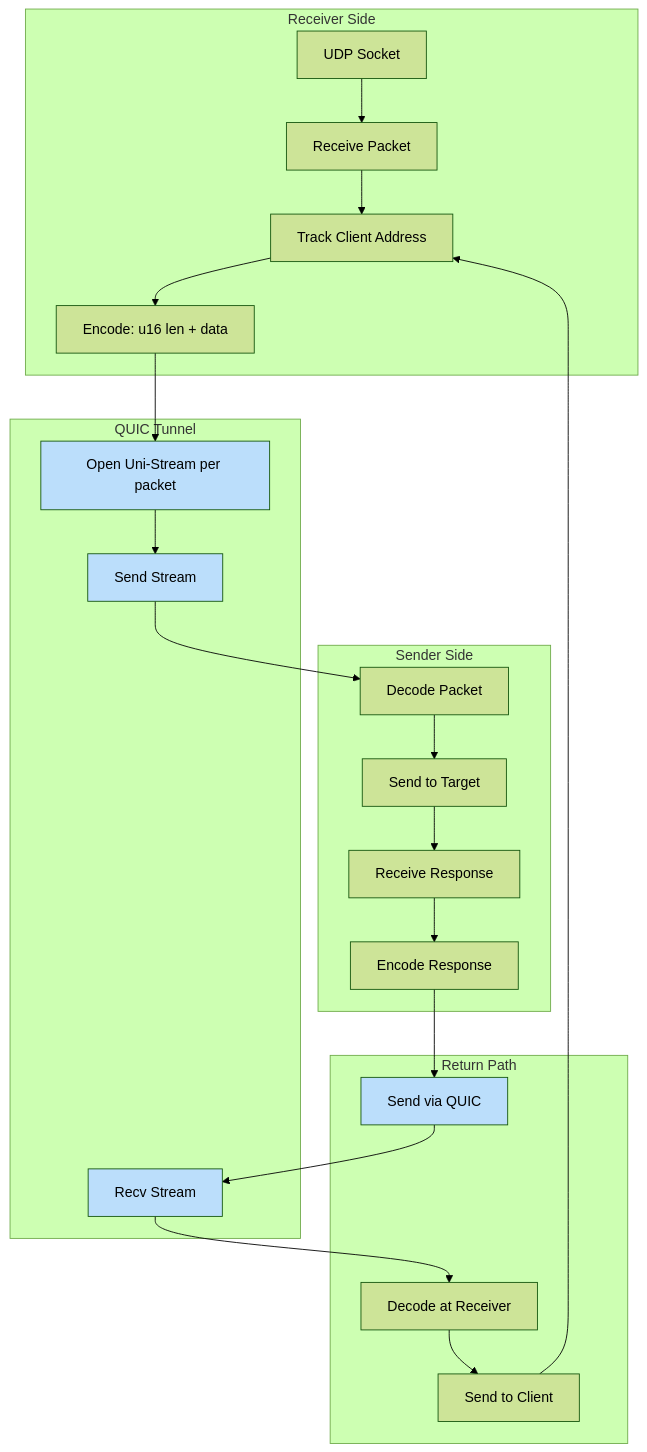
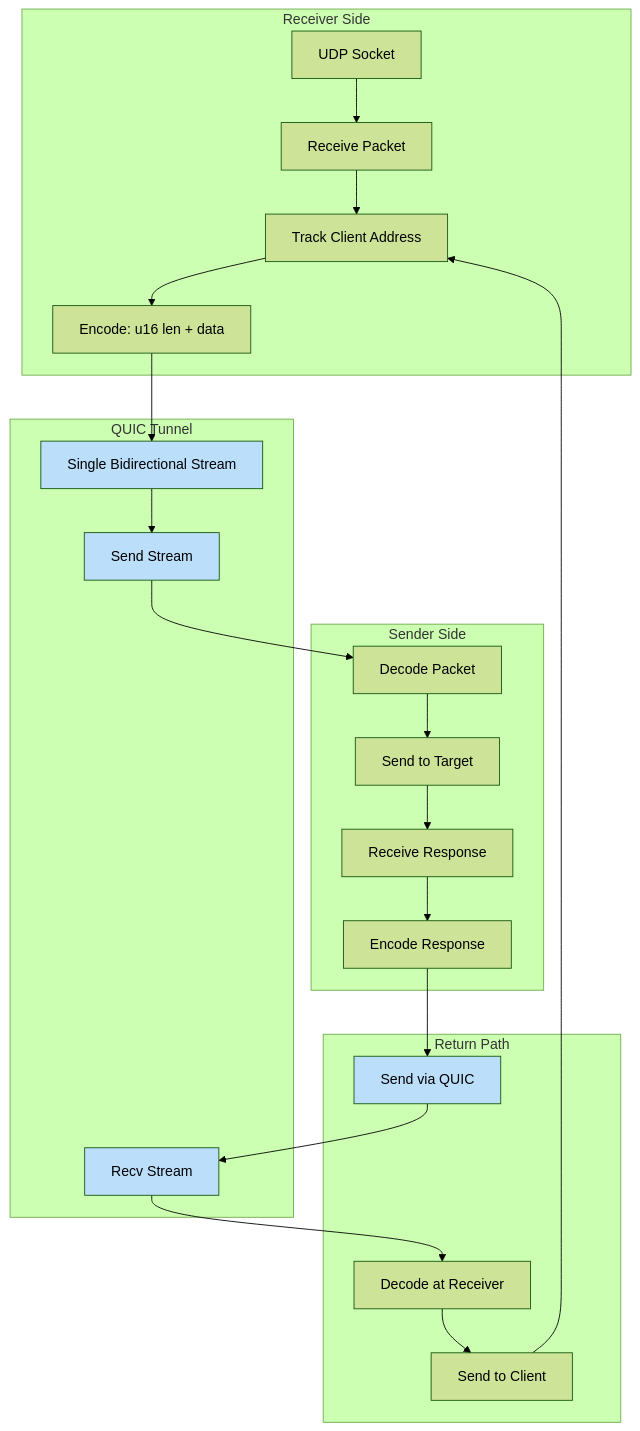
Diagram 30 of 33 in docs/ARCHITECTURE.md (andrewtheguy/vpn-rs), drawn with Mermaid (forest theme) before and after one commit. The commit also changed other lines of this file and 1 other file, not shown here.

````diff
--- a/docs/ARCHITECTURE.md
+++ b/docs/ARCHITECTURE.md
@@ -1128,44 +1128,44 @@
 ```mermaid
 graph TB
     subgraph "Receiver Side"
         A[UDP Socket] --> B[Receive Packet]
         B --> C[Track Client Address]
         C --> D[Encode: u16 len + data]
     end
     
     subgraph "QUIC Tunnel"
-        E[Open Uni-Stream per packet]
+        E[Single Bidirectional Stream]
         F[Send Stream]
         G[Recv Stream]
     end
     
     subgraph "Sender Side"
         H[Decode Packet]
         I[Send to Target]
         J[Receive Response]
         K[Encode Response]
     end
     
     subgraph "Return Path"
         L[Send via QUIC]
         M[Decode at Receiver]
         N[Send to Client]
     end
     
     D --> E
     E --> F
     F --> H
     H --> I
     I --> J
     J --> K
     K --> L
     L --> G
     G --> M
     M --> N
     N --> C
     
     style E fill:#BBDEFB
     style F fill:#BBDEFB
     style G fill:#BBDEFB
     style L fill:#BBDEFB
 ```
````
